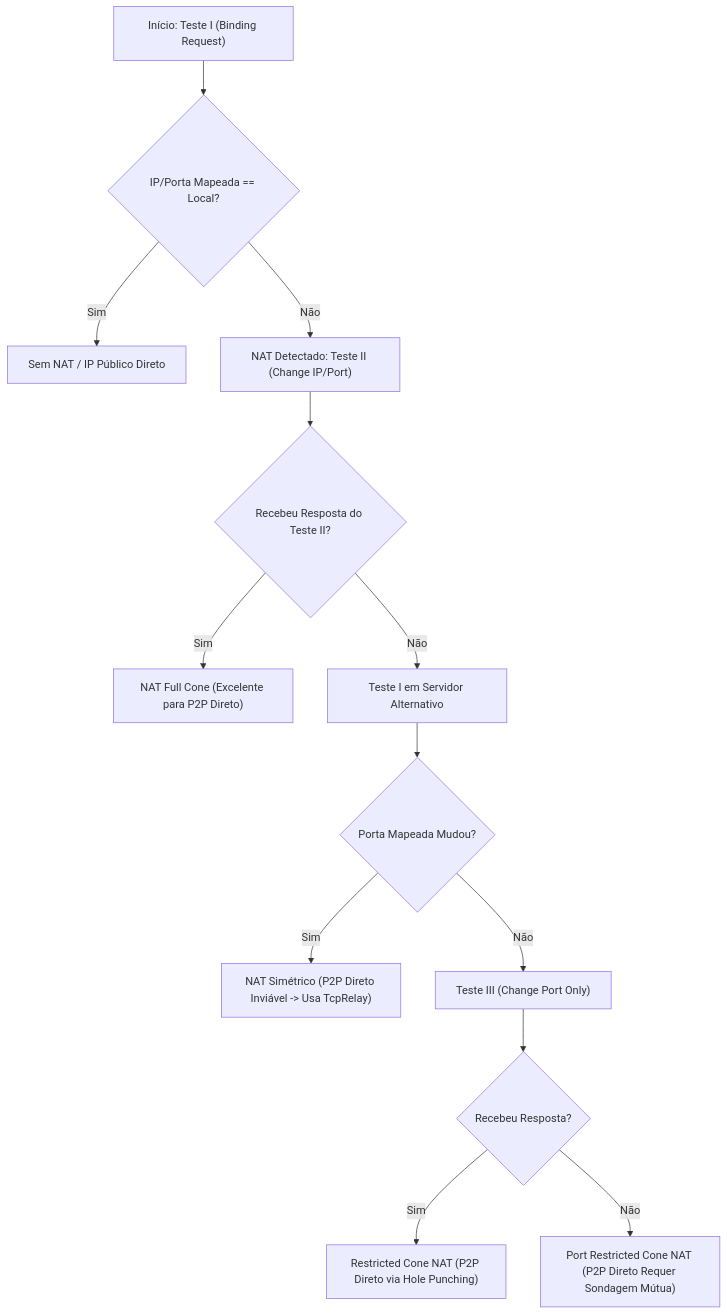
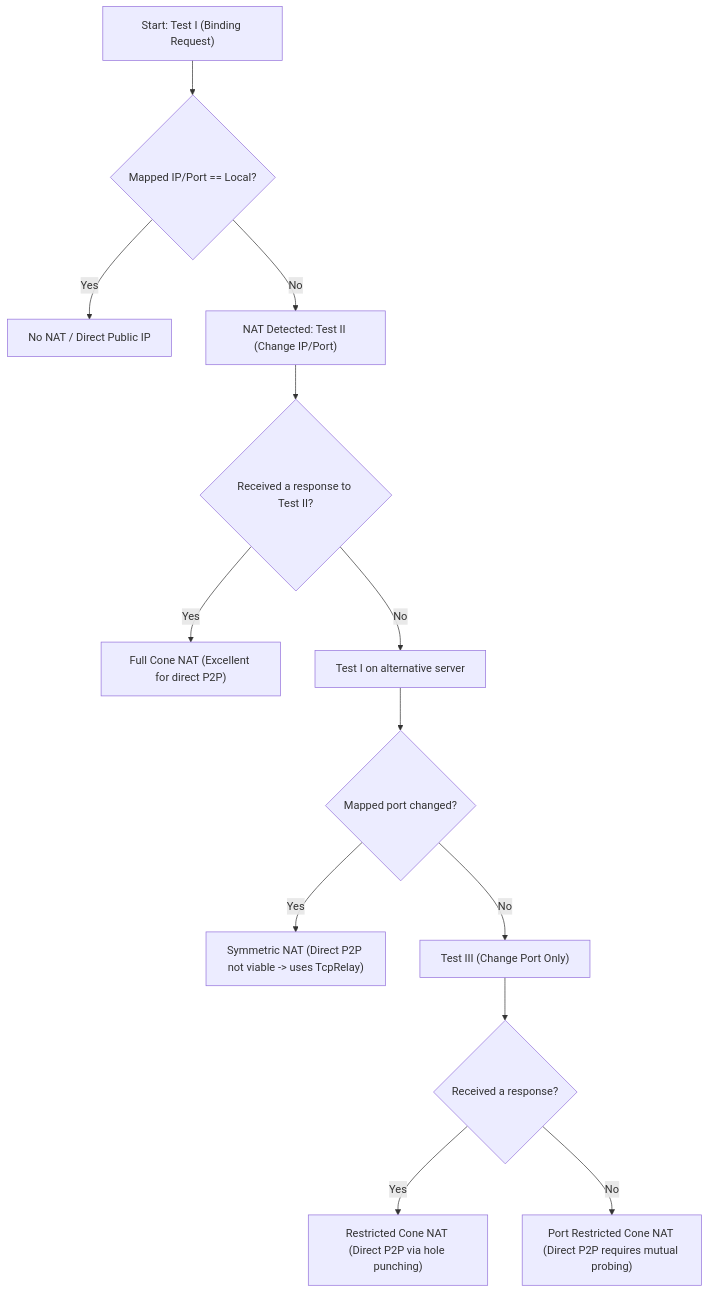
One commit to Pedrodroks34/radmin-vpn-linux-rs changed the diagram in docs/reverse-engineering/round-02/06-p2p-nat.md. Above: the diagram before and after it, drawn with Mermaid. The commit also changed other lines of this file and 38 other files, not shown here.

````diff
--- a/docs/reverse-engineering/round-02/06-p2p-nat.md
+++ b/docs/reverse-engineering/round-02/06-p2p-nat.md
@@ -56,15 +56,15 @@
 ```mermaid
 flowchart TD
-    A["Início: Teste I (Binding Request)"] --> B{"IP/Porta Mapeada == Local?"}
-    B -- Sim --> C["Sem NAT / IP Público Direto"]
-    B -- Não --> D["NAT Detectado: Teste II (Change IP/Port)"]
-    D --> E{"Recebeu Resposta do Teste II?"}
-    E -- Sim --> F["NAT Full Cone (Excelente para P2P Direto)"]
-    E -- Não --> G["Teste I em Servidor Alternativo"]
-    G --> H{"Porta Mapeada Mudou?"}
-    H -- Sim --> I["NAT Simétrico (P2P Direto Inviável -> Usa TcpRelay)"]
-    H -- Não --> J["Teste III (Change Port Only)"]
-    J --> K{"Recebeu Resposta?"}
-    K -- Sim --> L["Restricted Cone NAT (P2P Direto via Hole Punching)"]
-    K -- Não --> M["Port Restricted Cone NAT (P2P Direto Requer Sondagem Mútua)"]
+    A["Start: Test I (Binding Request)"] --> B{"Mapped IP/Port == Local?"}
+    B -- Yes --> C["No NAT / Direct Public IP"]
+    B -- No --> D["NAT Detected: Test II (Change IP/Port)"]
+    D --> E{"Received a response to Test II?"}
+    E -- Yes --> F["Full Cone NAT (Excellent for direct P2P)"]
+    E -- No --> G["Test I on alternative server"]
+    G --> H{"Mapped port changed?"}
+    H -- Yes --> I["Symmetric NAT (Direct P2P not viable -> uses TcpRelay)"]
+    H -- No --> J["Test III (Change Port Only)"]
+    J --> K{"Received a response?"}
+    K -- Yes --> L["Restricted Cone NAT (Direct P2P via hole punching)"]
+    K -- No --> M["Port Restricted Cone NAT (Direct P2P requires mutual probing)"]
 ```
````
